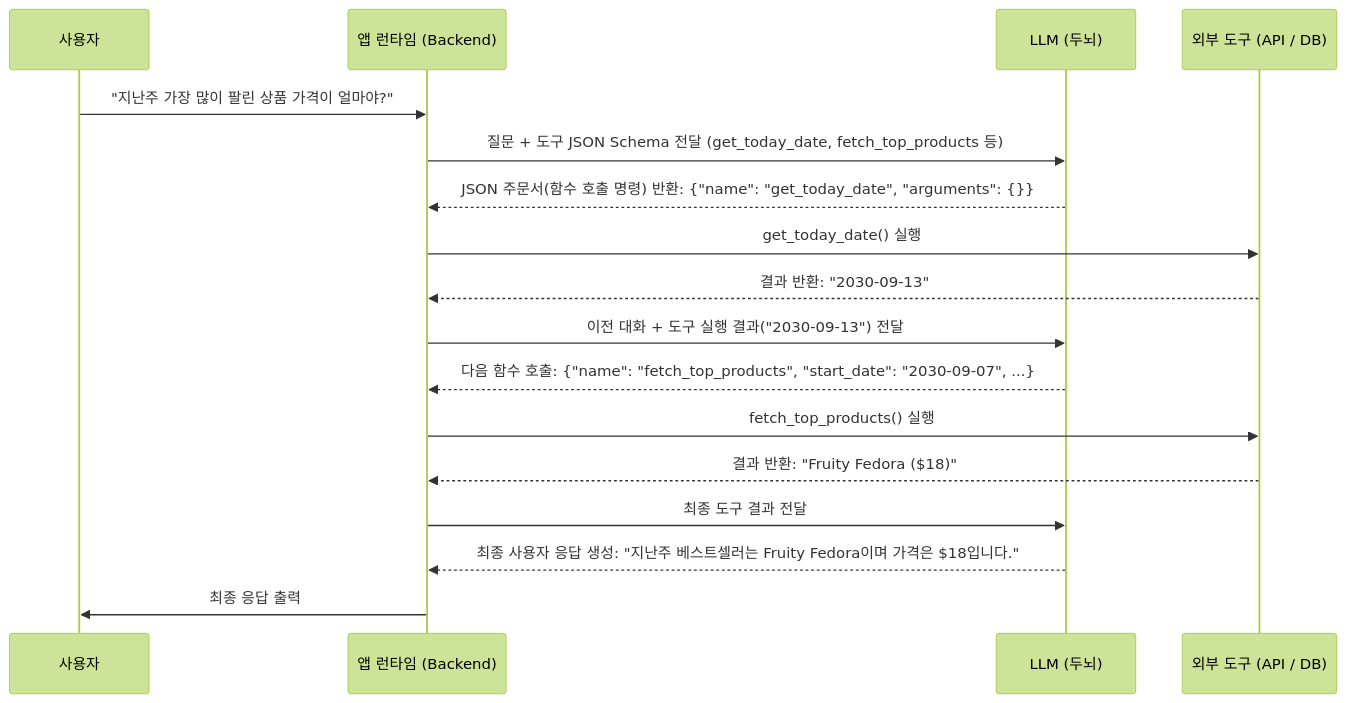
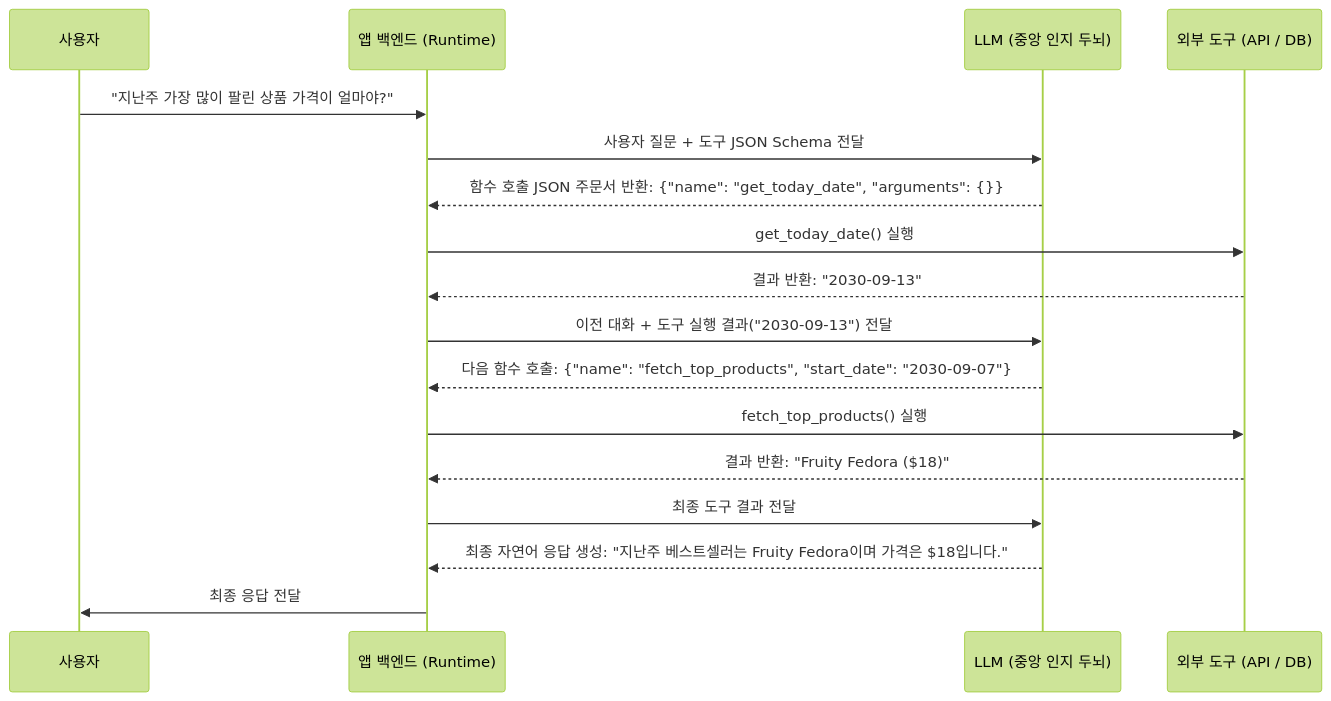
One commit to sing-u8/AI-Engineering changed the second of 3 diagrams in chapter-qa/ch06-rag-and-agents-qa/03-ai-agents-tools-and-function-calling.md. Above: the diagram before and after it, drawn with Mermaid (forest theme). The commit also changed other lines of this file and 25 other files, not shown here.

````diff
--- a/chapter-qa/ch06-rag-and-agents-qa/03-ai-agents-tools-and-function-calling.md
+++ b/chapter-qa/ch06-rag-and-agents-qa/03-ai-agents-tools-and-function-calling.md
@@ -75,20 +75,20 @@
 ```mermaid
 sequenceDiagram
     participant User as 사용자
-    participant App as 앱 런타임 (Backend)
-    participant LLM as LLM (두뇌)
+    participant App as 앱 백엔드 (Runtime)
+    participant LLM as LLM (중앙 인지 두뇌)
     participant Tool as 외부 도구 (API / DB)
 
     User->>App: "지난주 가장 많이 팔린 상품 가격이 얼마야?"
-    App->>LLM: 질문 + 도구 JSON Schema 전달 (get_today_date, fetch_top_products 등)
-    LLM-->>App: JSON 주문서(함수 호출 명령) 반환: {"name": "get_today_date", "arguments": {}}
+    App->>LLM: 사용자 질문 + 도구 JSON Schema 전달
+    LLM-->>App: 함수 호출 JSON 주문서 반환: {"name": "get_today_date", "arguments": {}}
     App->>Tool: get_today_date() 실행
     Tool-->>App: 결과 반환: "2030-09-13"
     App->>LLM: 이전 대화 + 도구 실행 결과("2030-09-13") 전달
-    LLM-->>App: 다음 함수 호출: {"name": "fetch_top_products", "start_date": "2030-09-07", ...}
+    LLM-->>App: 다음 함수 호출: {"name": "fetch_top_products", "start_date": "2030-09-07"}
     App->>Tool: fetch_top_products() 실행
     Tool-->>App: 결과 반환: "Fruity Fedora ($18)"
     App->>LLM: 최종 도구 결과 전달
-    LLM-->>App: 최종 사용자 응답 생성: "지난주 베스트셀러는 Fruity Fedora이며 가격은 $18입니다."
-    App->>User: 최종 응답 출력
+    LLM-->>App: 최종 자연어 응답 생성: "지난주 베스트셀러는 Fruity Fedora이며 가격은 $18입니다."
+    App->>User: 최종 응답 전달
 ```
````
